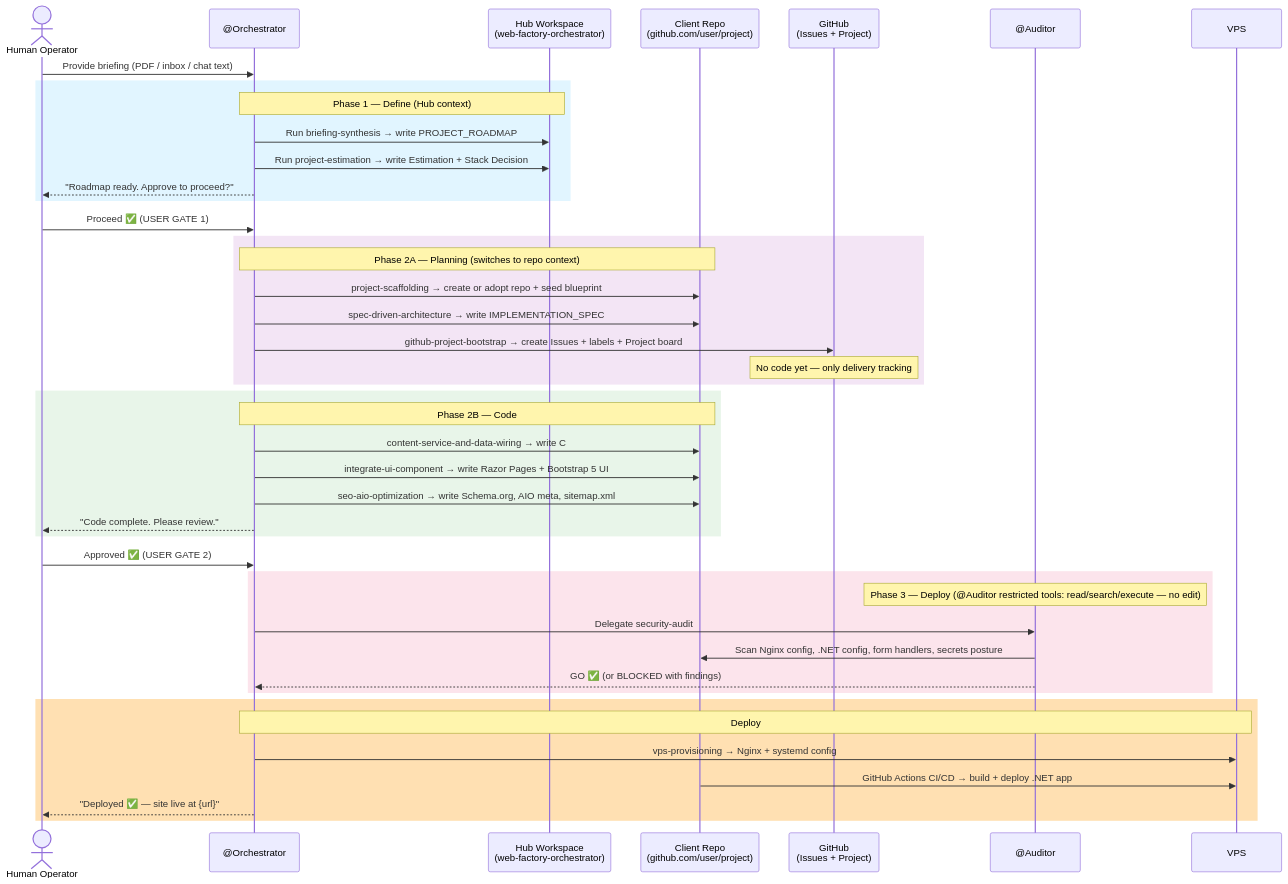
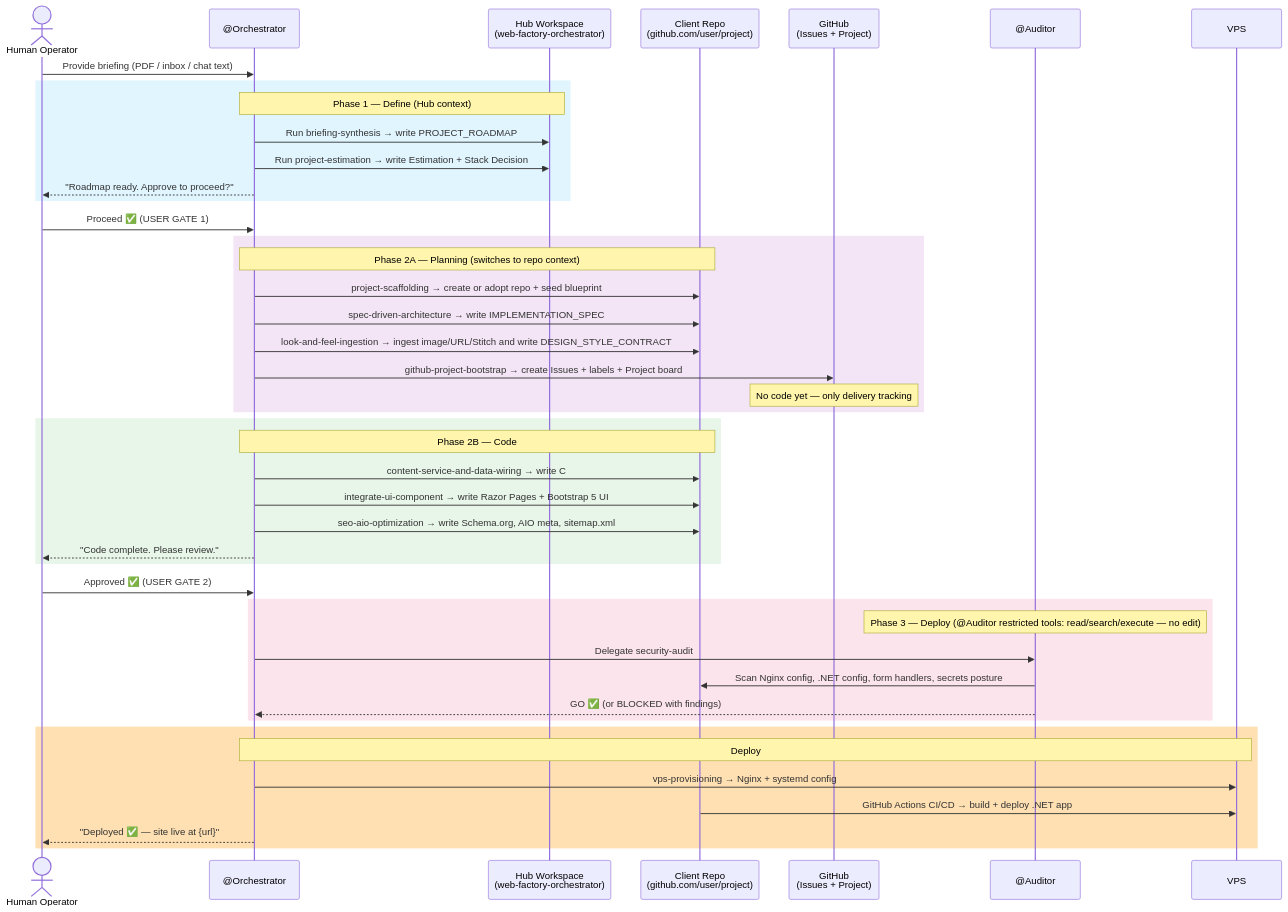
Before and after one commit to carlosperez1986/web-factory-orchestrator: the eighth of 8 diagrams in docs/wfo-flowcharts.md, drawn with Mermaid. The commit also changed other lines of this file and 10 other files, not shown here.

Commit message:
feat: Introduce look-and-feel-ingestion skill and update project workflows for visual style capture

````diff
--- a/docs/wfo-flowcharts.md
+++ b/docs/wfo-flowcharts.md
@@ -286,53 +290,54 @@
 ```mermaid
 sequenceDiagram
     actor Human as Human Operator
     participant Orch as @Orchestrator
     participant Hub as Hub Workspace<br/>(web-factory-orchestrator)
     participant Repo as Client Repo<br/>(github.com/user/project)
     participant GH as GitHub<br/>(Issues + Project)
     participant Aud as @Auditor
     participant VPS as VPS
 
     Human->>Orch: Provide briefing (PDF / inbox / chat text)
 
     rect rgb(225, 245, 255)
         Note over Orch,Hub: Phase 1 — Define (Hub context)
         Orch->>Hub: Run briefing-synthesis → write PROJECT_ROADMAP
         Orch->>Hub: Run project-estimation → write Estimation + Stack Decision
         Orch-->>Human: "Roadmap ready. Approve to proceed?"
     end
 
     Human->>Orch: Proceed ✅ (USER GATE 1)
 
     rect rgb(243, 229, 245)
         Note over Orch,Repo: Phase 2A — Planning (switches to repo context)
         Orch->>Repo: project-scaffolding → create or adopt repo + seed blueprint
         Orch->>Repo: spec-driven-architecture → write IMPLEMENTATION_SPEC
+        Orch->>Repo: look-and-feel-ingestion → ingest image/URL/Stitch and write DESIGN_STYLE_CONTRACT
         Orch->>GH: github-project-bootstrap → create Issues + labels + Project board
         Note over GH: No code yet — only delivery tracking
     end
 
     rect rgb(232, 245, 233)
         Note over Orch,Repo: Phase 2B — Code
         Orch->>Repo: content-service-and-data-wiring → write C# models, services, PageModel bindings
         Orch->>Repo: integrate-ui-component → write Razor Pages + Bootstrap 5 UI
         Orch->>Repo: seo-aio-optimization → write Schema.org, AIO meta, sitemap.xml
         Orch-->>Human: "Code complete. Please review."
     end
 
     Human->>Orch: Approved ✅ (USER GATE 2)
 
     rect rgb(252, 228, 236)
         Note over Aud: Phase 3 — Deploy (@Auditor restricted tools: read/search/execute — no edit)
         Orch->>Aud: Delegate security-audit
         Aud->>Repo: Scan Nginx config, .NET config, form handlers, secrets posture
         Aud-->>Orch: GO ✅ (or BLOCKED with findings)
     end
 
     rect rgb(255, 224, 178)
         Note over Orch,VPS: Deploy
         Orch->>VPS: vps-provisioning → Nginx + systemd config
         Repo->>VPS: GitHub Actions CI/CD → build + deploy .NET app
         Orch-->>Human: "Deployed ✅ — site live at {url}"
     end
 ```
````
